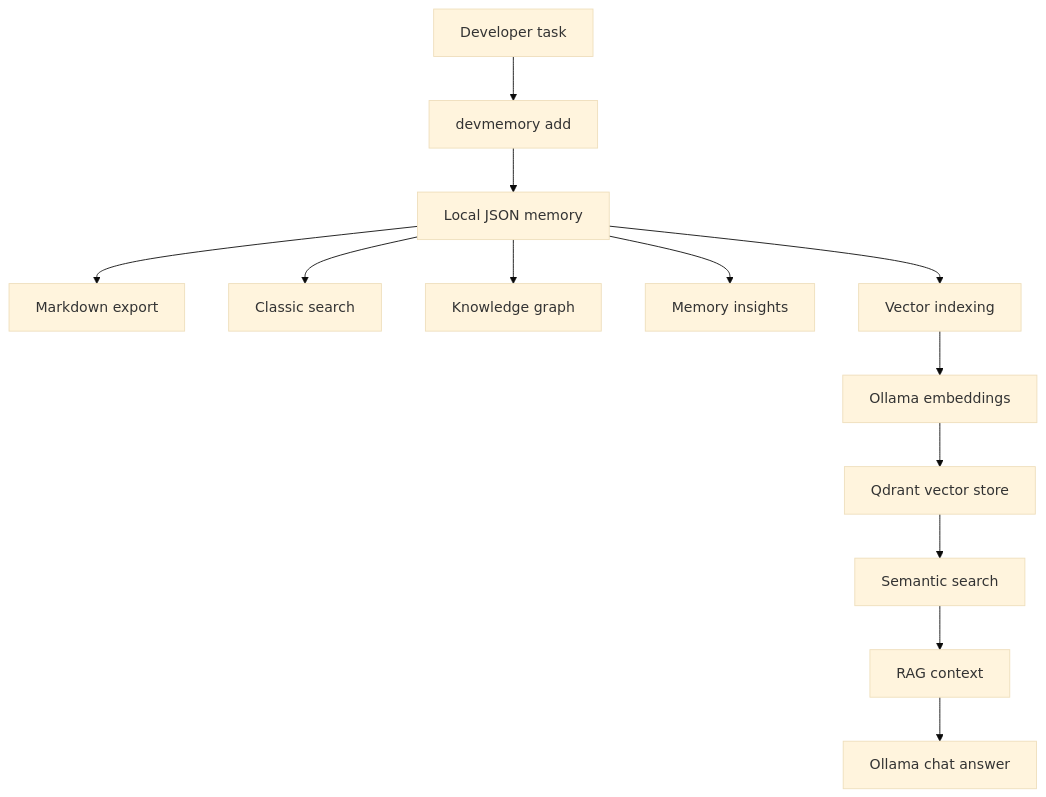
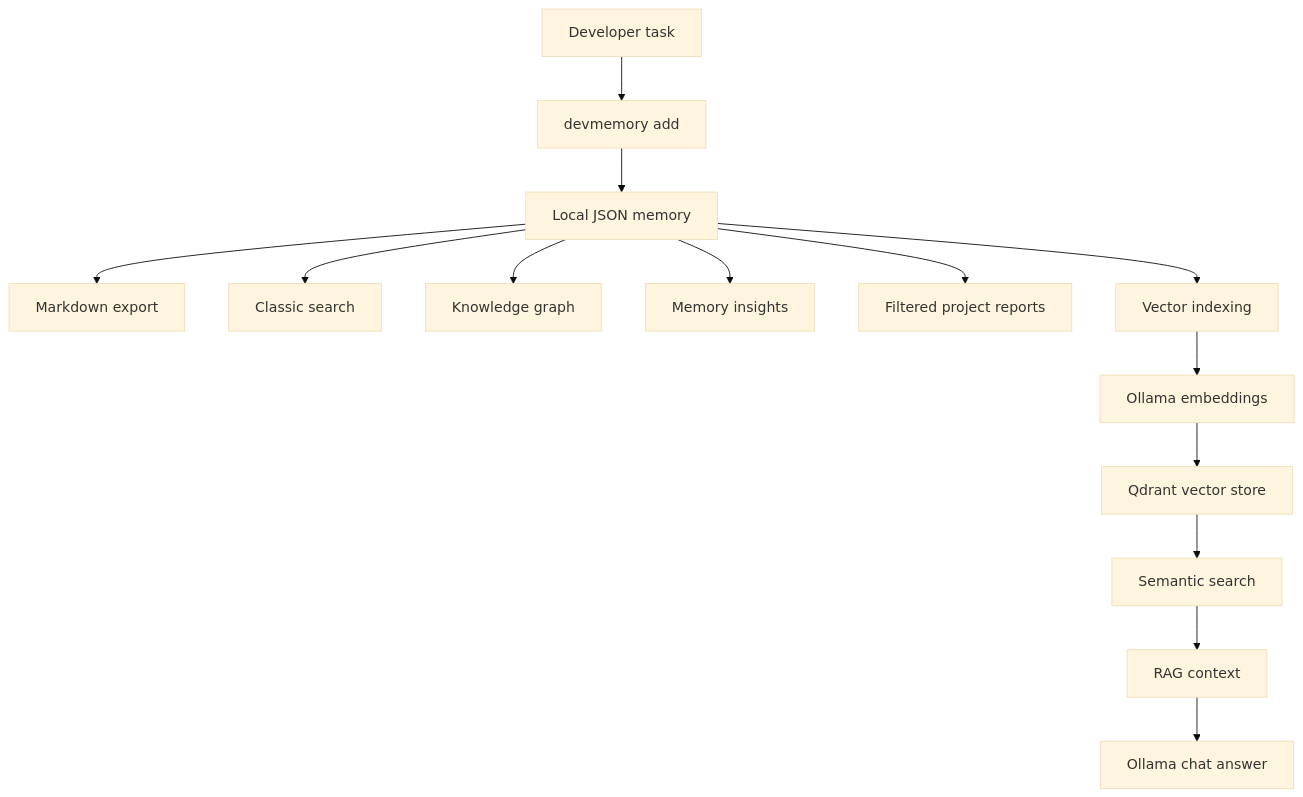
Before and after one commit to FilippoGaravaglia/DevMemory: the first of 5 diagrams in README.md, drawn with Mermaid (base theme). The commit also changed other lines of this file and 9 other files, not shown here.

Commit message:
Add filters to project memory reports

````diff
--- a/README.md
+++ b/README.md
@@ -301,15 +308,16 @@
 ```mermaid
 flowchart TD
     A[Developer task] --> B[devmemory add]
     B --> C[Local JSON memory]
     C --> D[Markdown export]
     C --> E[Classic search]
     C --> F[Knowledge graph]
     C --> M[Memory insights]
+    C --> R[Filtered project reports]
     C --> G[Vector indexing]
     G --> H[Ollama embeddings]
     H --> I[Qdrant vector store]
     I --> J[Semantic search]
     J --> K[RAG context]
     K --> L[Ollama chat answer]
 ```
````
